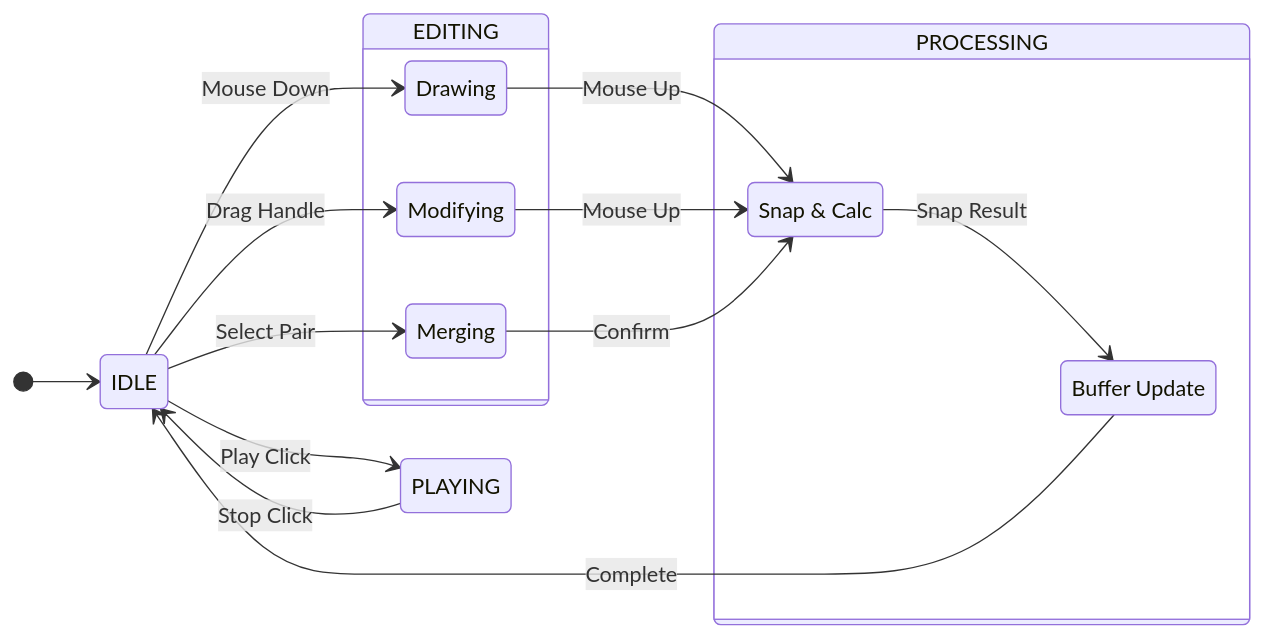
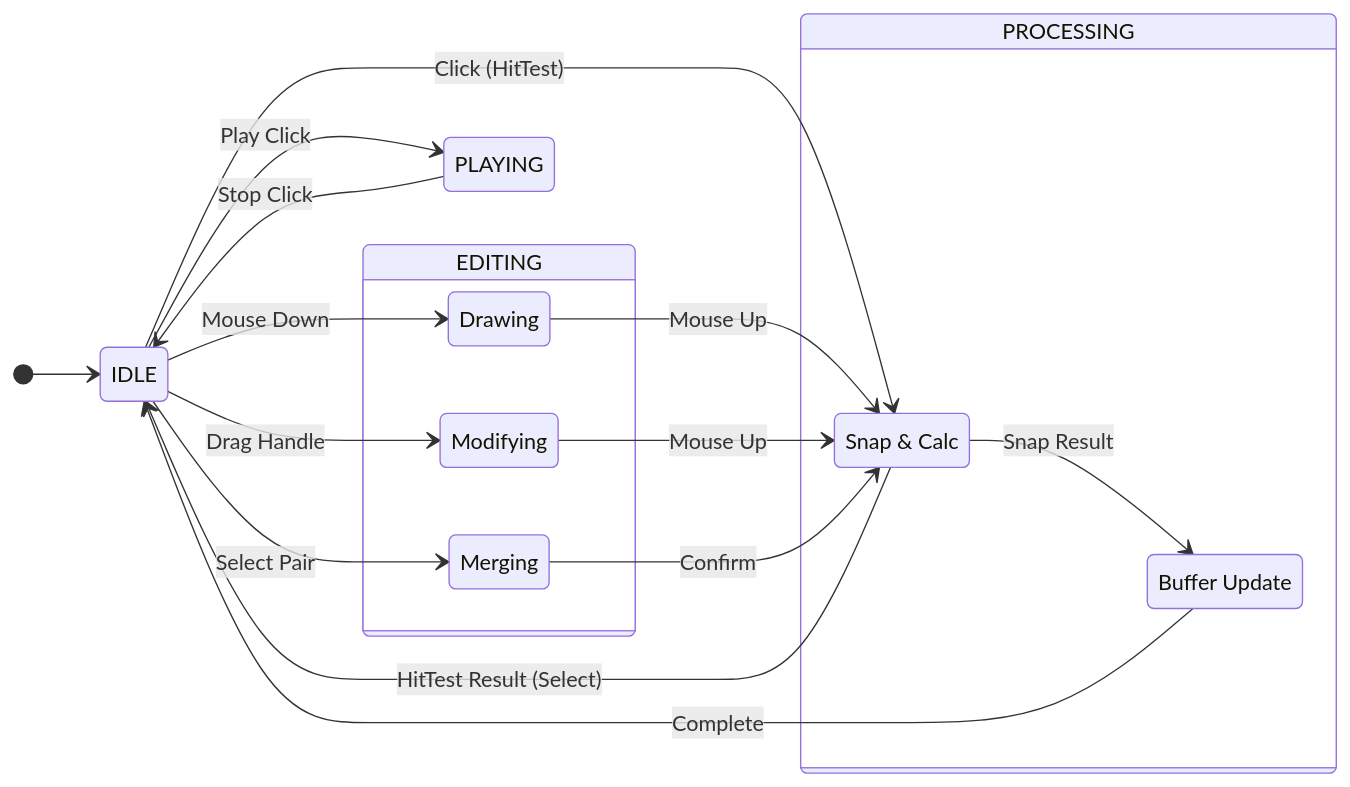
The second of 2 diagrams in docs/design.md (satoshi-szk/soma), drawn with Mermaid before and after one commit. The commit also changed other lines of this file and 2 other files, not shown here.

````diff
--- a/docs/design.md
+++ b/docs/design.md
@@ -271,31 +385,34 @@
 ```mermaid
 stateDiagram-v2
     direction LR
     [*] --> IDLE
 
     state "IDLE" as IDLE
     state "EDITING" as EDITING {
         state "Drawing" as DRAW
         state "Modifying" as MOD
         state "Merging" as MRG
     }
     state "PROCESSING" as PROC {
         state "Snap & Calc" as CALC
         state "Buffer Update" as BUF
     }
     state "PLAYING" as PLAY
 
     IDLE --> DRAW : Mouse Down
     IDLE --> MOD : Drag Handle
     IDLE --> MRG : Select Pair
-    
+    IDLE --> CALC : Click (HitTest)
+
     DRAW --> CALC : Mouse Up
     MOD --> CALC : Mouse Up
     MRG --> CALC : Confirm
     
     CALC --> BUF : Snap Result
+    CALC --> IDLE : HitTest Result (Select) 
+
     BUF --> IDLE : Complete
     
     IDLE --> PLAY : Play Click
     PLAY --> IDLE : Stop Click
 ```
````
